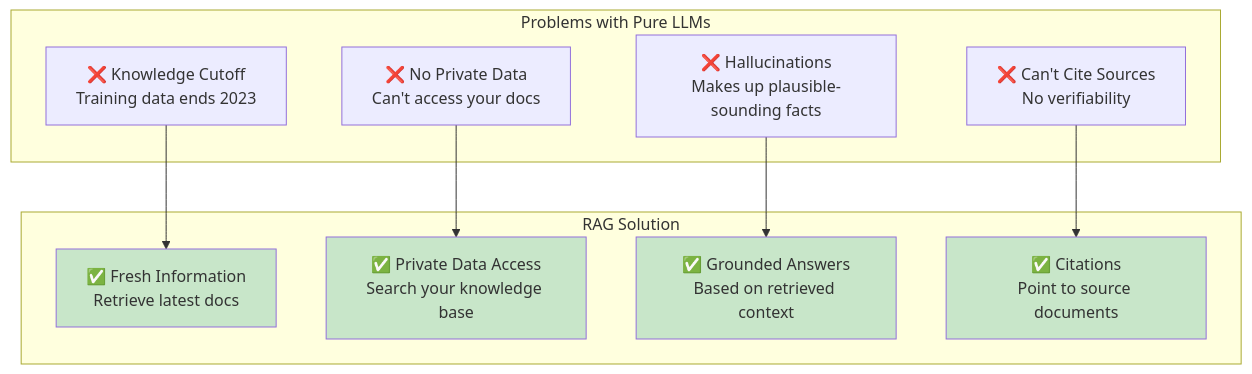
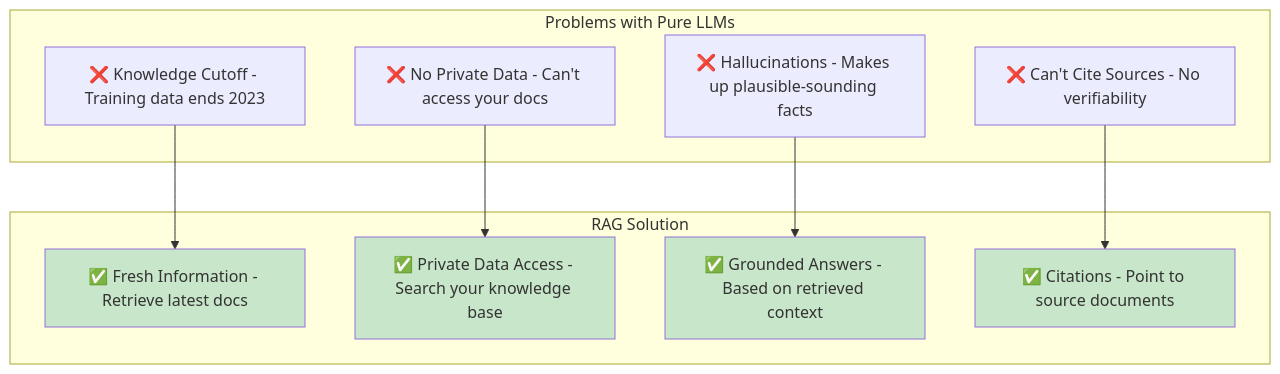
One commit to indhra/llm_rag_sec_findings changed the first of 15 diagrams in docs/learning/03-rag-fundamentals.md. Above: the diagram before and after it, drawn with Mermaid. The commit also changed other lines of this file and 9 other files, not shown here.

````diff
--- a/docs/learning/03-rag-fundamentals.md
+++ b/docs/learning/03-rag-fundamentals.md
@@ -24,26 +24,26 @@
 ```mermaid
 graph TD
     subgraph "Problems with Pure LLMs"
-        P1[❌ Knowledge Cutoff<br/>Training data ends 2023]
-        P2[❌ No Private Data<br/>Can't access your docs]
-        P3[❌ Hallucinations<br/>Makes up plausible-sounding facts]
-        P4[❌ Can't Cite Sources<br/>No verifiability]
+        P1[❌ Knowledge Cutoff - Training data ends 2023]
+        P2[❌ No Private Data - Can't access your docs]
+        P3[❌ Hallucinations - Makes up plausible-sounding facts]
+        P4[❌ Can't Cite Sources - No verifiability]
     end
     
     subgraph "RAG Solution"
-        S1[✅ Fresh Information<br/>Retrieve latest docs]
-        S2[✅ Private Data Access<br/>Search your knowledge base]
-        S3[✅ Grounded Answers<br/>Based on retrieved context]
-        S4[✅ Citations<br/>Point to source documents]
+        S1[✅ Fresh Information - Retrieve latest docs]
+        S2[✅ Private Data Access - Search your knowledge base]
+        S3[✅ Grounded Answers - Based on retrieved context]
+        S4[✅ Citations - Point to source documents]
     end
     
     P1 --> S1
     P2 --> S2
     P3 --> S3
     P4 --> S4
     
     style S1 fill:#c8e6c9
     style S2 fill:#c8e6c9
     style S3 fill:#c8e6c9
     style S4 fill:#c8e6c9
 ```
````
